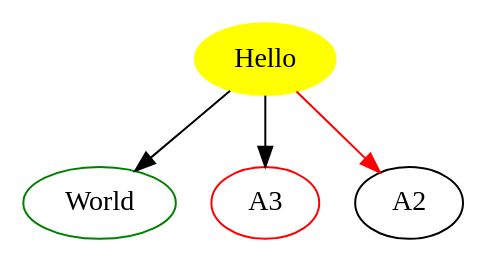
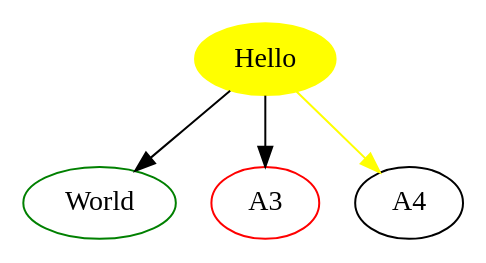
The diagram in example.dot (kapilsukhyani/testrepo), drawn with Graphviz before and after one commit.

```diff
--- a/example.dot
+++ b/example.dot
@@ -1,7 +1,7 @@
 digraph d {
  A [label="Hello",color=yellow, style=filled ]
  A1 [label="World"]
  
  A -> { A1[color=green]  A3[color=red]} 
- A -> {A2} [color=red]
+ A -> { A4 } [color=yellow]
 }
```
